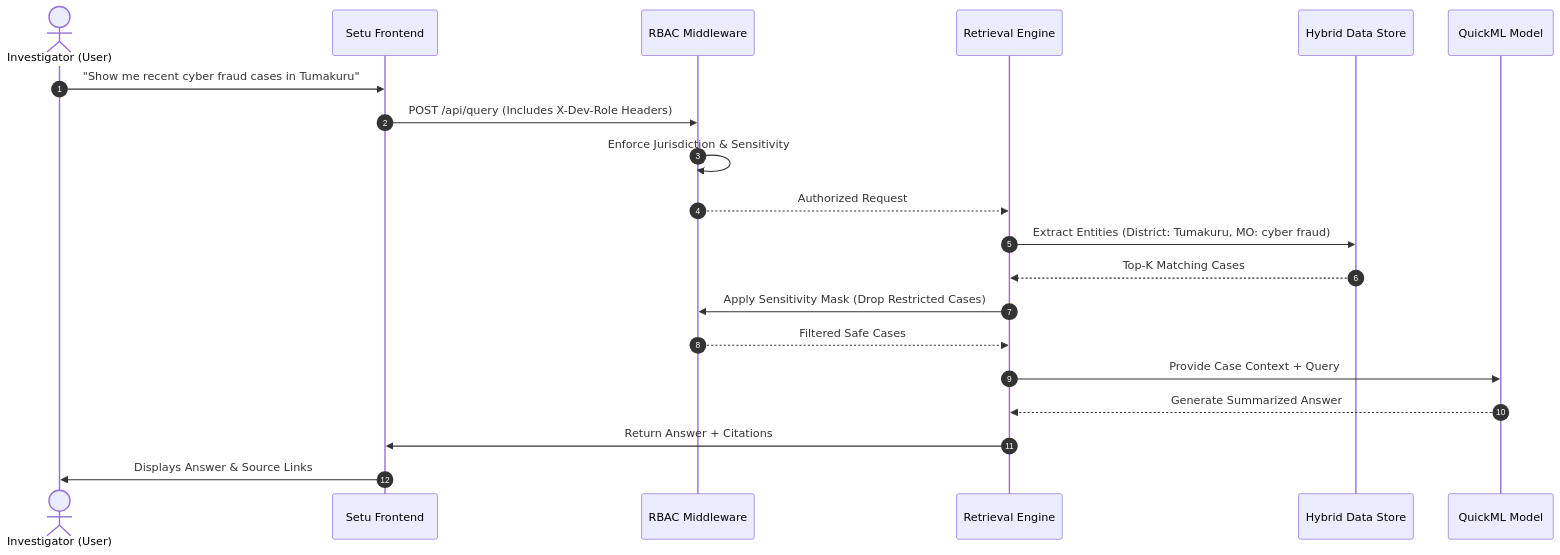
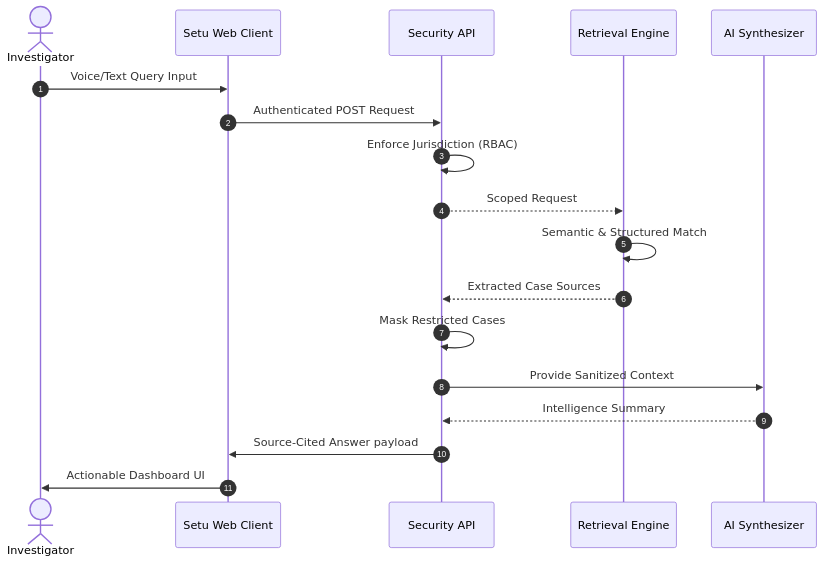
The second of 2 diagrams in README.md (Monolithic-Dev/Setu), drawn with Mermaid before and after one commit. The commit also changed other lines of this file and 2 other files, not shown here.

````diff
--- a/README.md
+++ b/README.md
@@ -71,28 +90,26 @@
 ```mermaid
 sequenceDiagram
     autonumber
-    actor Officer as Investigator (User)
-    participant UI as Setu Frontend
-    participant Auth as RBAC Middleware
-    participant Engine as Retrieval Engine
-    participant DB as Hybrid Data Store
-    participant LLM as QuickML Model
+    actor Investigator
+    participant UI as Setu Web Client
+    participant API as Security API
+    participant Index as Retrieval Engine
+    participant LLM as AI Synthesizer
     
-    Officer->>UI: "Show me recent cyber fraud cases in Tumakuru"
-    UI->>Auth: POST /api/query (Includes X-Dev-Role Headers)
+    Investigator->>UI: Voice/Text Query Input
+    UI->>API: Authenticated POST Request
     
-    Auth->>Auth: Enforce Jurisdiction & Sensitivity
-    Auth-->>Engine: Authorized Request
+    API->>API: Enforce Jurisdiction (RBAC)
+    API-->>Index: Scoped Request
     
-    Engine->>DB: Extract Entities (District: Tumakuru, MO: cyber fraud)
-    DB-->>Engine: Top-K Matching Cases
+    Index->>Index: Semantic & Structured Match
+    Index-->>API: Extracted Case Sources
     
-    Engine->>Auth: Apply Sensitivity Mask (Drop Restricted Cases)
-    Auth-->>Engine: Filtered Safe Cases
+    API->>API: Mask Restricted Cases
     
-    Engine->>LLM: Provide Case Context + Query
-    LLM-->>Engine: Generate Summarized Answer
+    API->>LLM: Provide Sanitized Context
+    LLM-->>API: Intelligence Summary
     
-    Engine->>UI: Return Answer + Citations
-    UI->>Officer: Displays Answer & Source Links
+    API->>UI: Source-Cited Answer payload
+    UI->>Investigator: Actionable Dashboard UI
 ```
````
